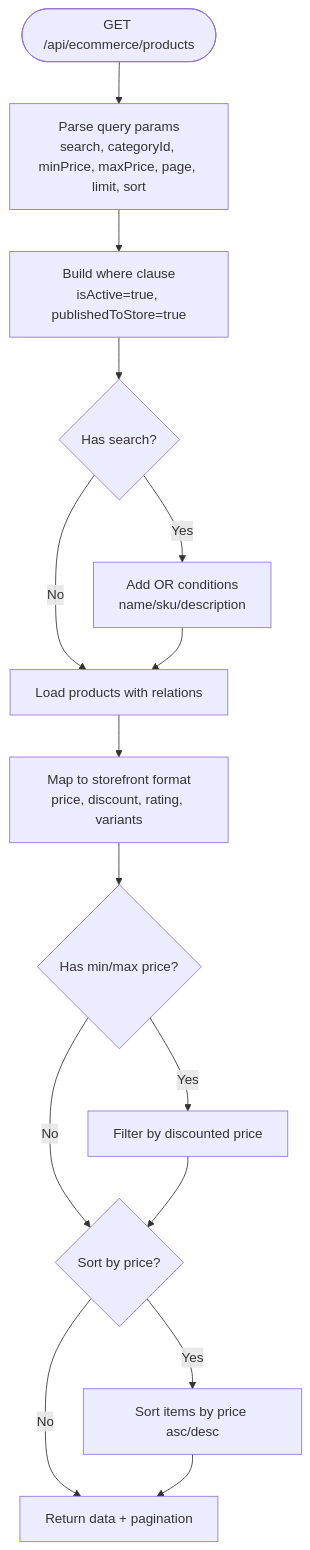
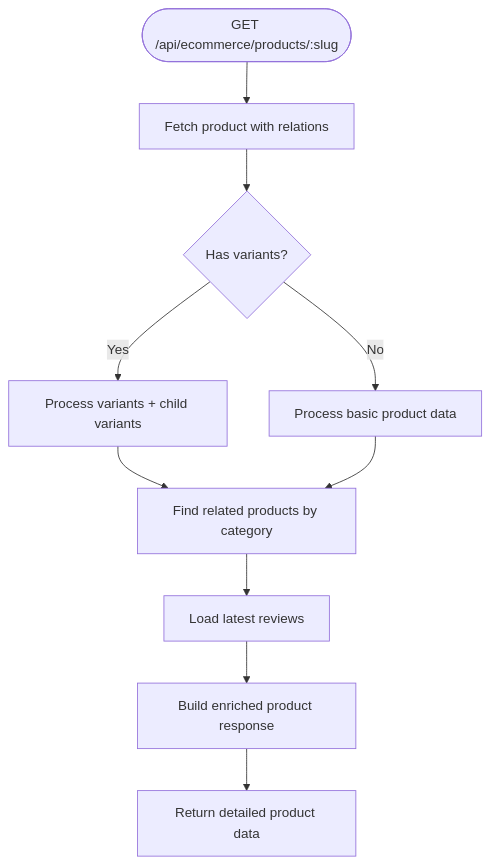
The fifth of 8 diagrams in .qoder/repowiki/en/content/E-commerce Module/E-commerce Module.md (nzey11/erp-new), drawn with Mermaid before and after one commit. The commit also changed other lines of this file and 46 other files, not shown here.

````diff
--- a/.qoder/repowiki/en/content/E-commerce Module/E-commerce Module.md
+++ b/.qoder/repowiki/en/content/E-commerce Module/E-commerce Module.md
@@ -297,17 +466,12 @@
 ```mermaid
 flowchart TD
-Start(["GET /api/ecommerce/products"]) --> Parse["Parse query params<br/>search, categoryId, minPrice, maxPrice, page, limit, sort"]
-Parse --> BuildWhere["Build where clause<br/>isActive=true, publishedToStore=true"]
-BuildWhere --> ApplySearch{"Has search?"}
-ApplySearch --> |Yes| AddOr["Add OR conditions<br/>name/sku/description"]
-ApplySearch --> |No| LoadProducts["Load products with relations"]
-AddOr --> LoadProducts
-LoadProducts --> Map["Map to storefront format<br/>price, discount, rating, variants"]
-Map --> PriceFilter{"Has min/max price?"}
-PriceFilter --> |Yes| Filter["Filter by discounted price"]
-PriceFilter --> |No| SortCheck{"Sort by price?"}
-Filter --> SortCheck
-SortCheck --> |Yes| Sort["Sort items by price asc/desc"]
-SortCheck --> |No| Return["Return data + pagination"]
-Sort --> Return
+Start(["GET /api/ecommerce/products/:slug"]) --> Fetch["Fetch product with relations"]
+Fetch --> VariantCheck{"Has variants?"}
+VariantCheck --> |Yes| ProcessVariants["Process variants + child variants"]
+VariantCheck --> |No| ProcessBasic["Process basic product data"]
+ProcessVariants --> Related["Find related products by category"]
+ProcessBasic --> Related
+Related --> Reviews["Load latest reviews"]
+Reviews --> BuildResponse["Build enriched product response"]
+BuildResponse --> Return["Return detailed product data"]
 ```
````
